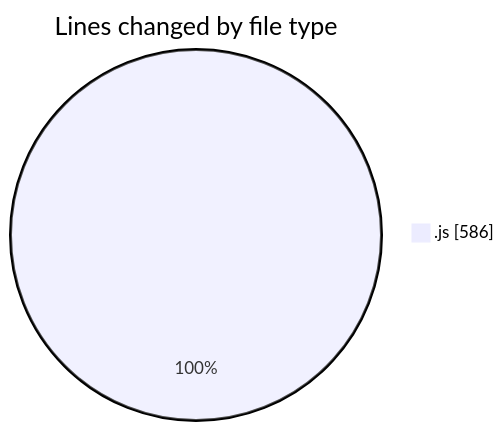
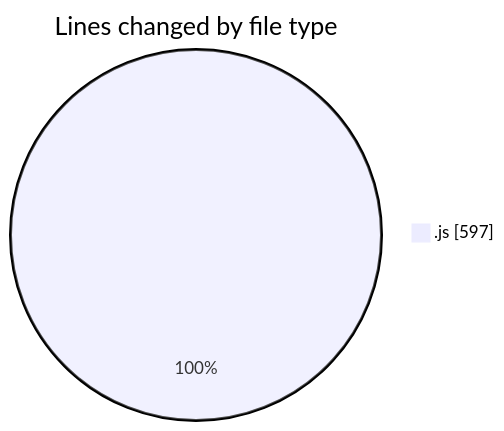
One commit to nxtqubesakshisongat/code-tracking changed the first of 2 diagrams in 2025-04-08/nxtqube_webapp/README.md. Above: the diagram before and after it, drawn with Mermaid. The commit also changed other lines of this file and 1 other file, not shown here.

````diff
--- a/2025-04-08/nxtqube_webapp/README.md
+++ b/2025-04-08/nxtqube_webapp/README.md
@@ -22,5 +22,5 @@
 ```mermaid
 pie showData
 title Lines changed by file type
-".js" : 586
+".js" : 597
 ```
````
